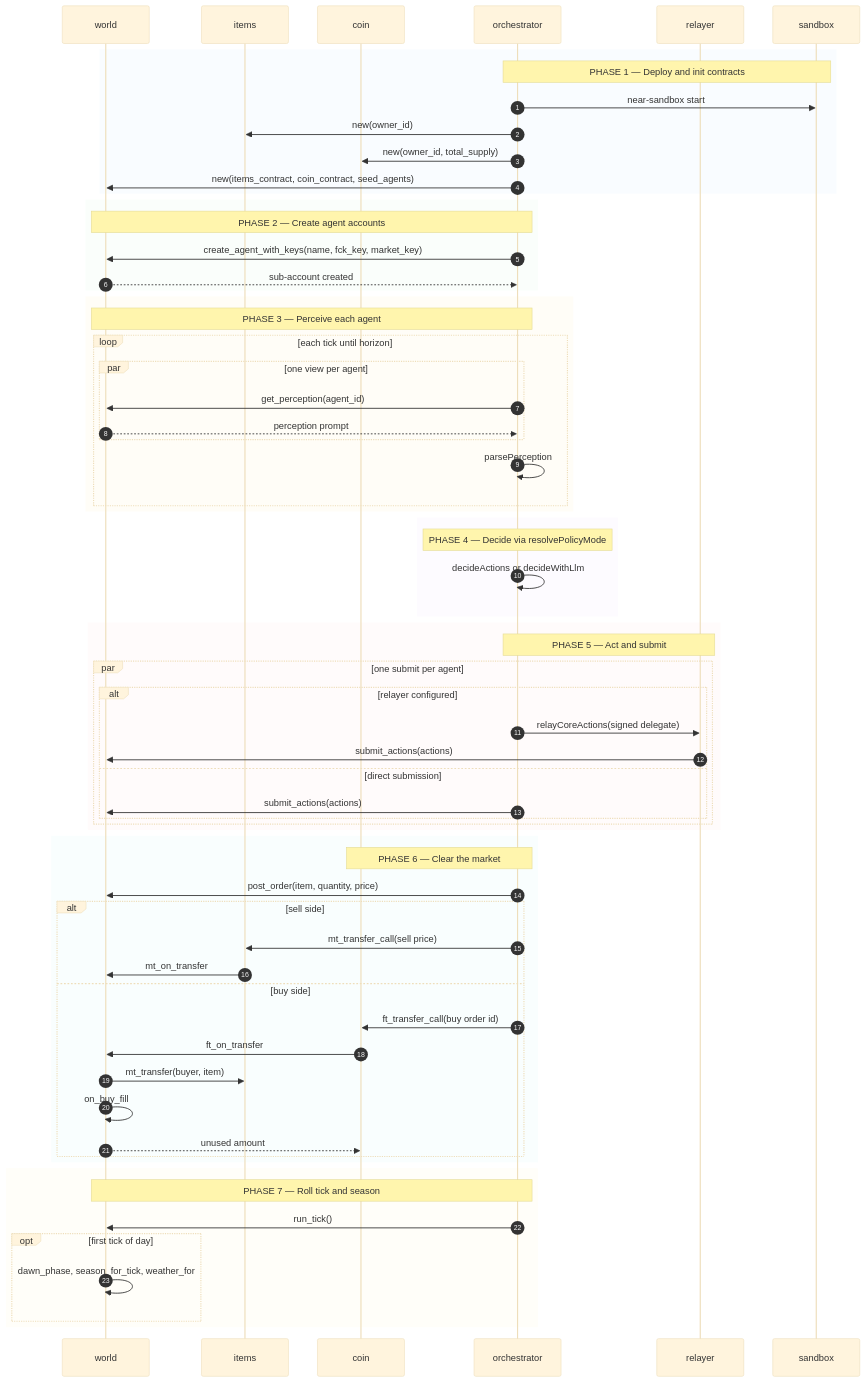
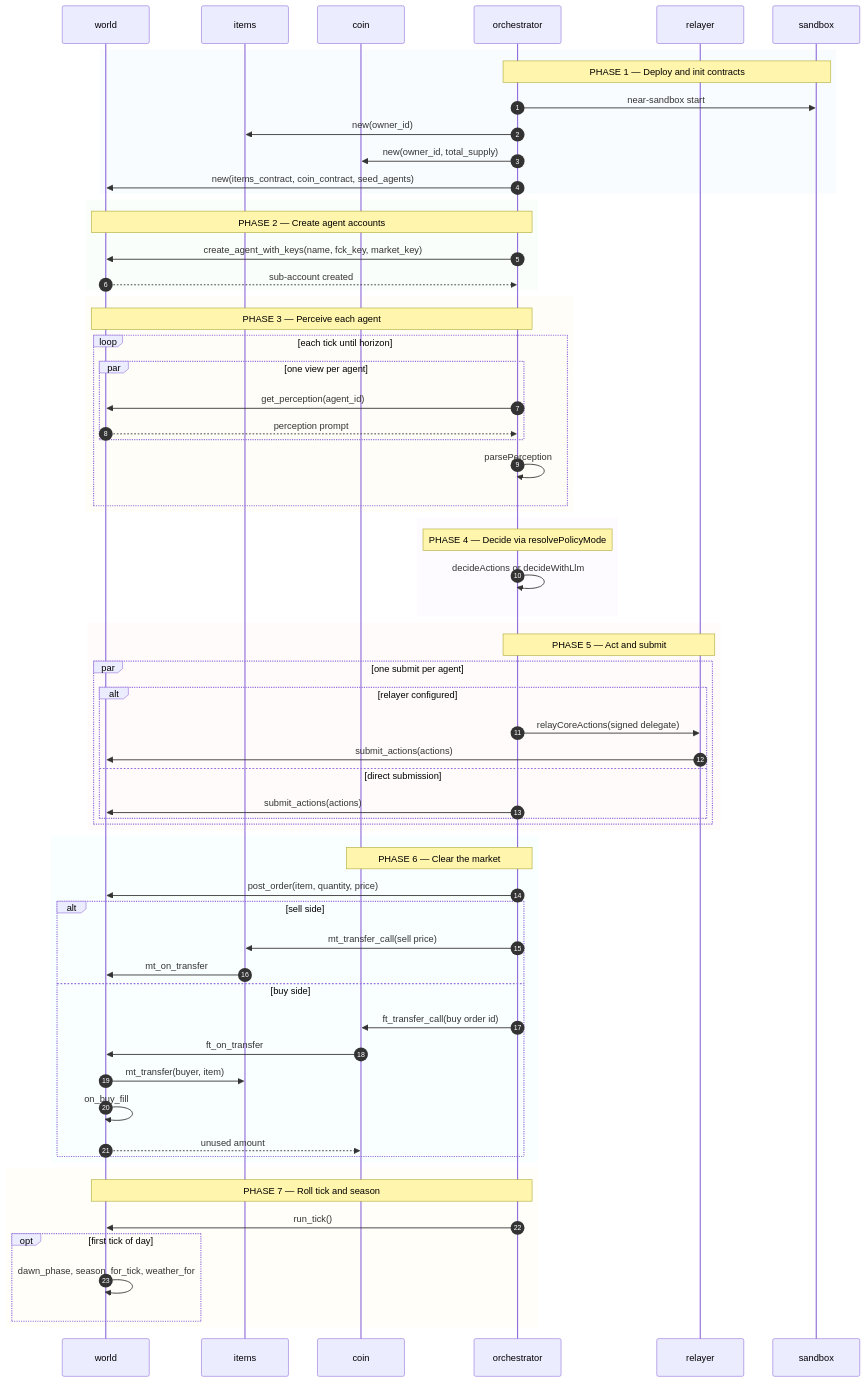
The diagram in README.md (skthnr/village-economy-agents), drawn with Mermaid before and after one commit.

Commit message:
docs(eidolon): let diagram follow the reader theme

````diff
--- a/README.md
+++ b/README.md
@@ -5,71 +5,70 @@
 ```mermaid
-%%{init: {"theme":"base","themeVariables":{"fontSize":"1em"}}}%%
 sequenceDiagram
     accTitle: eidolon runtime flow
     accDescr: Orchestrator deploys both contracts, creates agent accounts, then perceives, decides, submits actions, settles the market, and rolls ticks.
     autonumber
     participant W as world
     participant I as items
     participant K as coin
     participant O as orchestrator
     participant R as relayer
     participant S as sandbox
     rect rgba(226,238,255,0.20)
     Note over O,S: PHASE 1 — Deploy and init contracts
     O->>S: near-sandbox start
     O->>I: new(owner_id)
     O->>K: new(owner_id, total_supply)
     O->>W: new(items_contract, coin_contract, seed_agents)
     end
     rect rgba(230,247,235,0.20)
     Note over O,W: PHASE 2 — Create agent accounts
     O->>W: create_agent_with_keys(name, fck_key, market_key)
     W-->>O: sub-account created
     end
     rect rgba(255,244,214,0.20)
     Note over O,W: PHASE 3 — Perceive each agent
     loop each tick until horizon
     par one view per agent
     O->>W: get_perception(agent_id)
     W-->>O: perception prompt
     end
     O->>O: parsePerception
     end
     end
     rect rgba(243,232,255,0.20)
     Note over O: PHASE 4 — Decide via resolvePolicyMode
     O->>O: decideActions or decideWithLlm
     end
     rect rgba(255,232,232,0.20)
     Note over O,R: PHASE 5 — Act and submit
     par one submit per agent
     alt relayer configured
     O->>R: relayCoreActions(signed delegate)
     R->>W: submit_actions(actions)
     else direct submission
     O->>W: submit_actions(actions)
     end
     end
     end
     rect rgba(224,247,250,0.20)
     Note over O,K: PHASE 6 — Clear the market
     O->>W: post_order(item, quantity, price)
     alt sell side
     O->>I: mt_transfer_call(sell price)
     I->>W: mt_on_transfer
     else buy side
     O->>K: ft_transfer_call(buy order id)
     K->>W: ft_on_transfer
     W->>I: mt_transfer(buyer, item)
     W->>W: on_buy_fill
     W-->>K: unused amount
     end
     end
     rect rgba(255,248,225,0.20)
     Note over O,W: PHASE 7 — Roll tick and season
     O->>W: run_tick()
     opt first tick of day
     W->>W: dawn_phase, season_for_tick, weather_for
     end
     end
 ```
````
